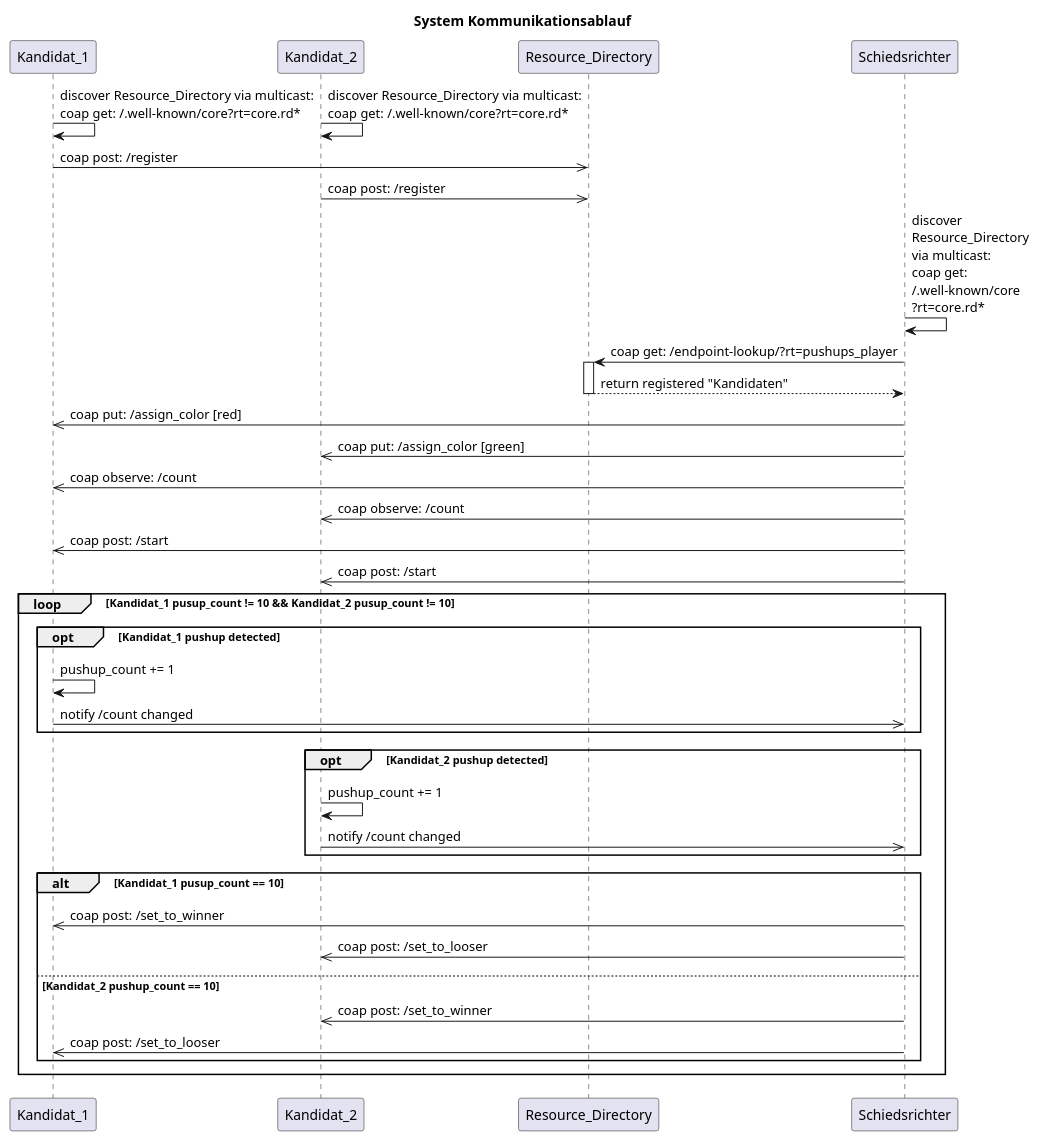
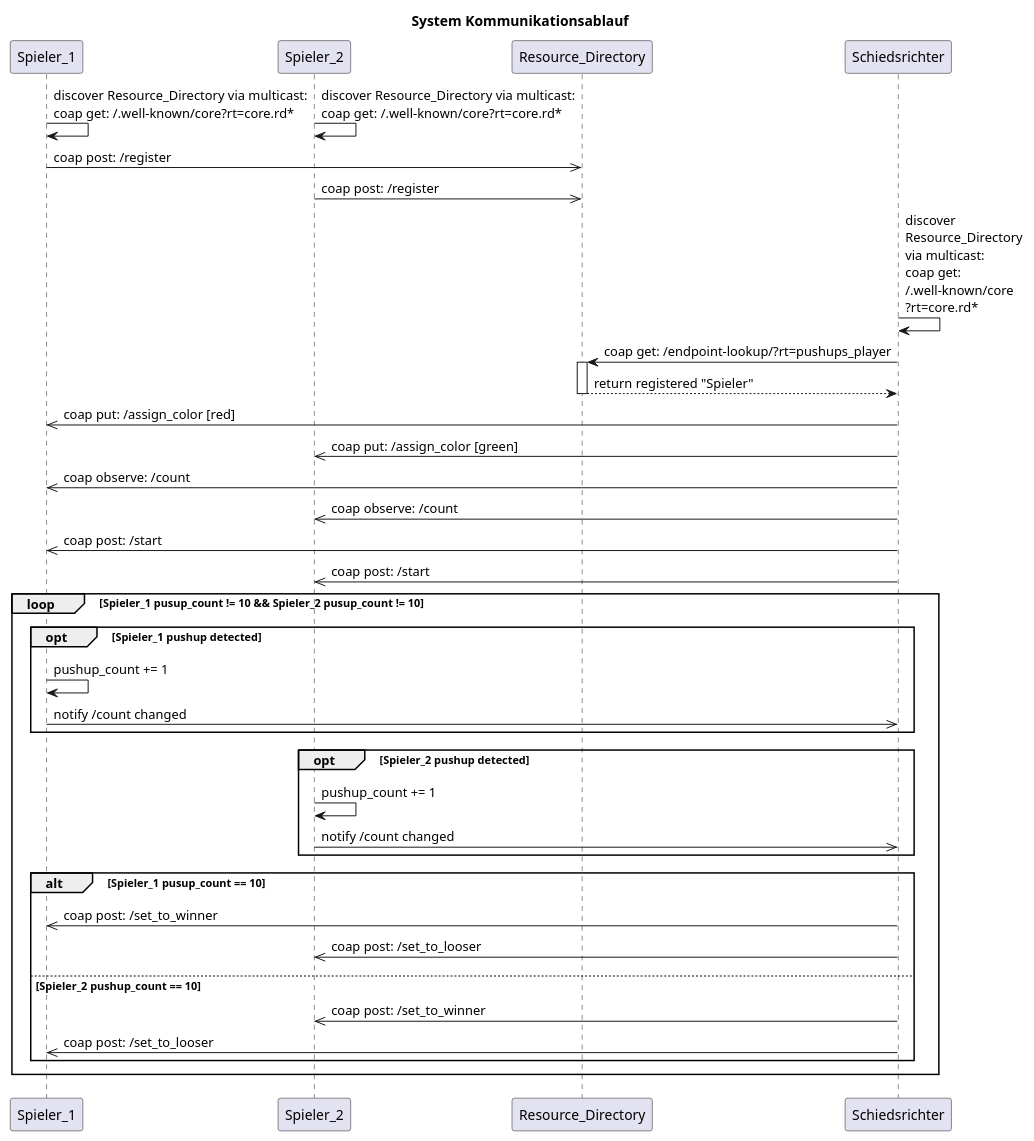
The diagram in pushup_contest/docs/communication_sequence.puml (friedrichdudda/AIT05), drawn with PlantUML before and after one commit. The commit also changed 4 other files, not shown here.

```diff
--- a/pushup_contest/docs/communication_sequence.puml
+++ b/pushup_contest/docs/communication_sequence.puml
@@ -1,42 +1,42 @@
 @startuml Kommunikation
 title System Kommunikationsablauf
 
-participant Kandidat_1
-participant Kandidat_2
+participant Spieler_1
+participant Spieler_2
 participant Resource_Directory
 participant Schiedsrichter
 
 !pragma teoz true
-Kandidat_1 -> Kandidat_1: discover Resource_Directory via multicast:\ncoap get: /.well-known/core?rt=core.rd*
-&Kandidat_2 -> Kandidat_2: discover Resource_Directory via multicast:\ncoap get: /.well-known/core?rt=core.rd*
-Kandidat_1 ->> Resource_Directory: coap post: /register
-Kandidat_2 ->> Resource_Directory: coap post: /register
+Spieler_1 -> Spieler_1: discover Resource_Directory via multicast:\ncoap get: /.well-known/core?rt=core.rd*
+&Spieler_2 -> Spieler_2: discover Resource_Directory via multicast:\ncoap get: /.well-known/core?rt=core.rd*
+Spieler_1 ->> Resource_Directory: coap post: /register
+Spieler_2 ->> Resource_Directory: coap post: /register
 Schiedsrichter -> Schiedsrichter: discover\nResource_Directory\nvia multicast:\ncoap get:\n/.well-known/core\n?rt=core.rd*
 Schiedsrichter -> Resource_Directory: coap get: /endpoint-lookup/?rt=pushups_player
 activate Resource_Directory
-Resource_Directory --> Schiedsrichter: return registered "Kandidaten"
+Resource_Directory --> Schiedsrichter: return registered "Spieler"
 deactivate Resource_Directory
-Schiedsrichter ->> Kandidat_1: coap put: /assign_color [red]
-Schiedsrichter ->> Kandidat_2: coap put: /assign_color [green]
-Schiedsrichter ->> Kandidat_1: coap observe: /count
-Schiedsrichter ->> Kandidat_2: coap observe: /count
-Schiedsrichter ->> Kandidat_1: coap post: /start
-Schiedsrichter ->> Kandidat_2: coap post: /start
-loop Kandidat_1 pusup_count != 10 && Kandidat_2 pusup_count != 10
-    opt Kandidat_1 pushup detected
-        Kandidat_1 -> Kandidat_1: pushup_count += 1
-        Kandidat_1 ->> Schiedsrichter: notify /count changed
+Schiedsrichter ->> Spieler_1: coap put: /assign_color [red]
+Schiedsrichter ->> Spieler_2: coap put: /assign_color [green]
+Schiedsrichter ->> Spieler_1: coap observe: /count
+Schiedsrichter ->> Spieler_2: coap observe: /count
+Schiedsrichter ->> Spieler_1: coap post: /start
+Schiedsrichter ->> Spieler_2: coap post: /start
+loop Spieler_1 pusup_count != 10 && Spieler_2 pusup_count != 10
+    opt Spieler_1 pushup detected
+        Spieler_1 -> Spieler_1: pushup_count += 1
+        Spieler_1 ->> Schiedsrichter: notify /count changed
     end
-    opt Kandidat_2 pushup detected
-        Kandidat_2 -> Kandidat_2: pushup_count += 1
-        Kandidat_2 ->> Schiedsrichter: notify /count changed
+    opt Spieler_2 pushup detected
+        Spieler_2 -> Spieler_2: pushup_count += 1
+        Spieler_2 ->> Schiedsrichter: notify /count changed
     end
-    alt Kandidat_1 pusup_count == 10
-        Schiedsrichter ->> Kandidat_1: coap post: /set_to_winner
-        Schiedsrichter ->> Kandidat_2: coap post: /set_to_looser
-    else Kandidat_2 pushup_count == 10
-        Schiedsrichter ->> Kandidat_2: coap post: /set_to_winner
-        Schiedsrichter ->> Kandidat_1: coap post: /set_to_looser
+    alt Spieler_1 pusup_count == 10
+        Schiedsrichter ->> Spieler_1: coap post: /set_to_winner
+        Schiedsrichter ->> Spieler_2: coap post: /set_to_looser
+    else Spieler_2 pushup_count == 10
+        Schiedsrichter ->> Spieler_2: coap post: /set_to_winner
+        Schiedsrichter ->> Spieler_1: coap post: /set_to_looser
     end
 end
 @enduml
```
